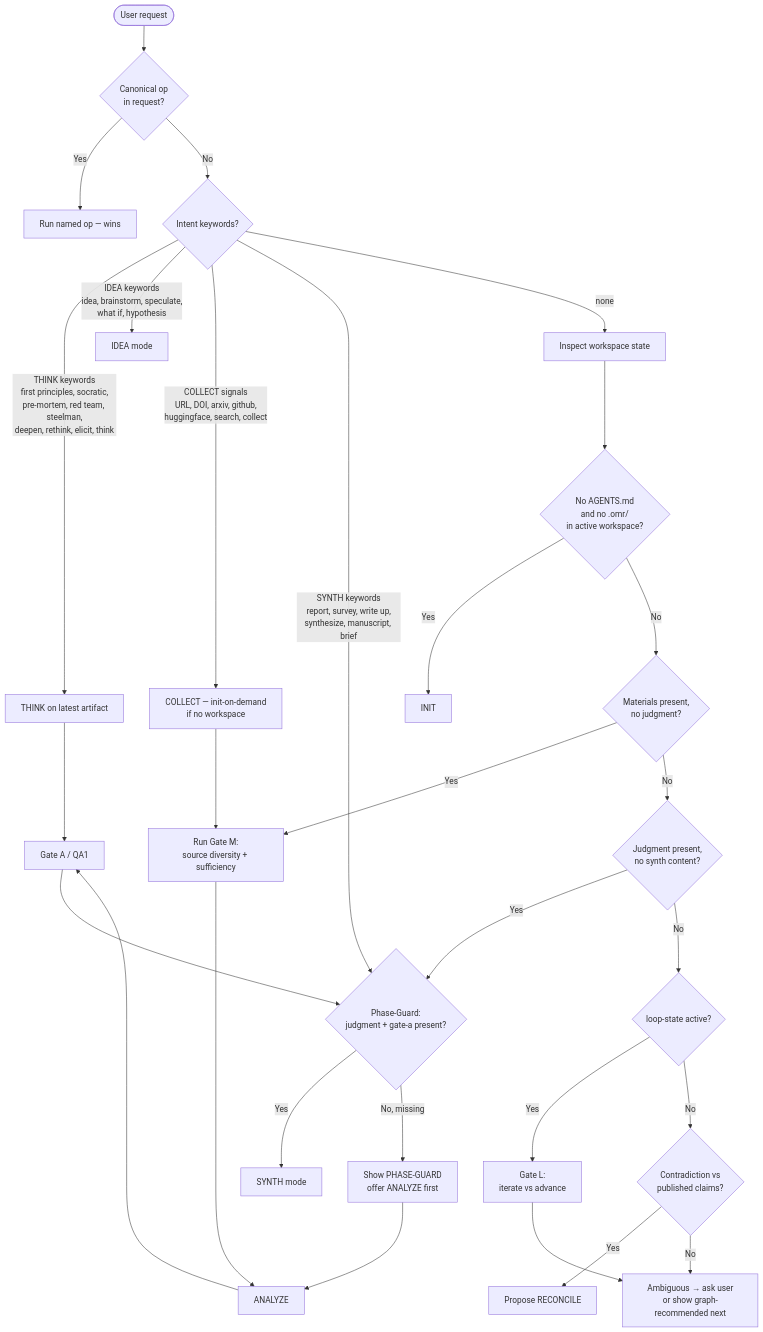
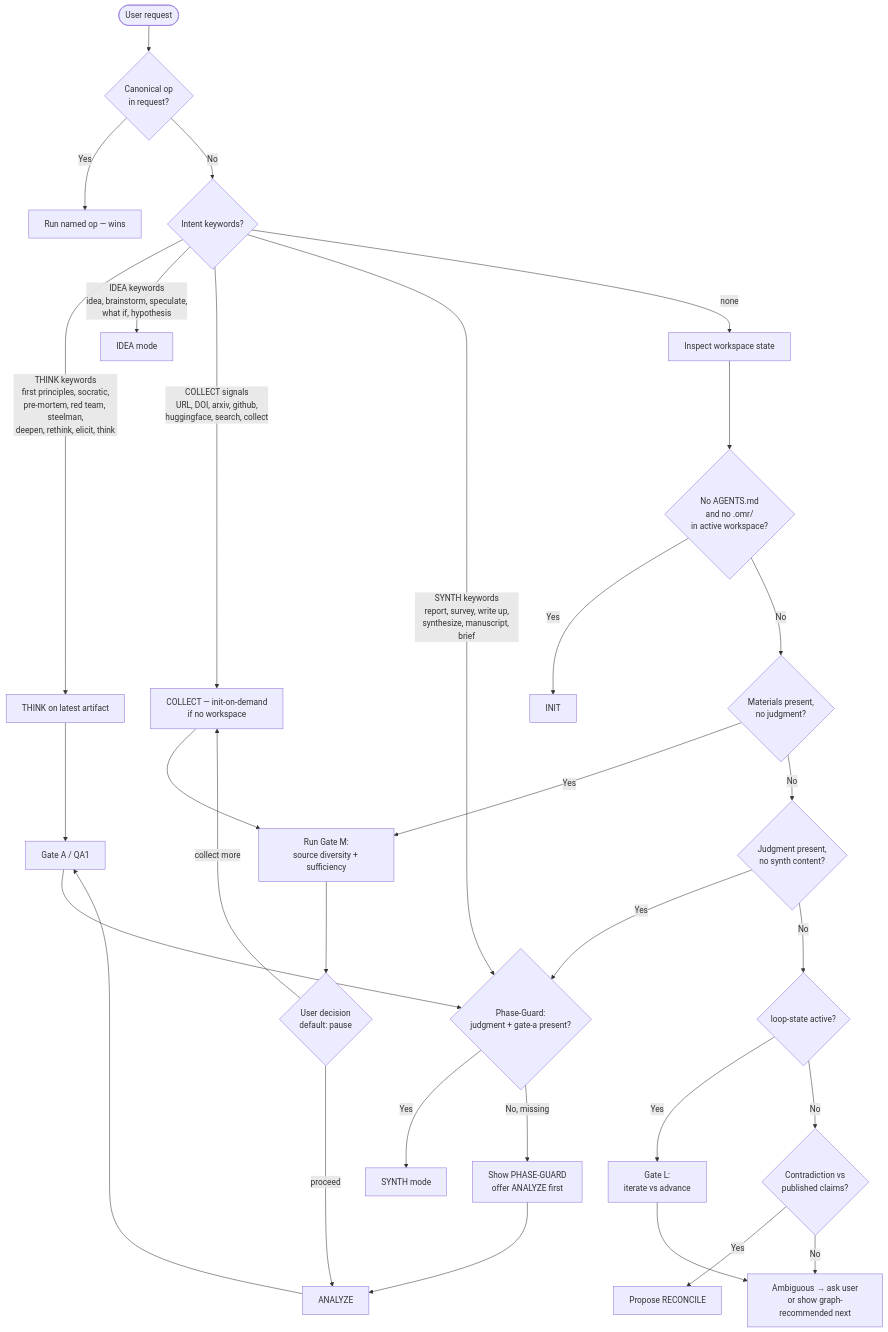
Before and after one commit to caesar0301/oh-my-research: the diagram in skills/oh-my-research/SKILL.md, drawn with Mermaid. The commit also changed other lines of this file and 19 other files, not shown here.

````diff
--- a/skills/oh-my-research/SKILL.md
+++ b/skills/oh-my-research/SKILL.md
@@ -64,36 +64,38 @@
 ```mermaid
 flowchart TD
     START([User request]) --> OP{Canonical op<br/>in request?}
     OP -- Yes --> RUNOP[Run named op — wins]
     OP -- No --> INT{Intent keywords?}
 
     INT -- THINK keywords<br/>first principles, socratic,<br/>pre-mortem, red team, steelman,<br/>deepen, rethink, elicit, think --> THINK[THINK on latest artifact]
     INT -- IDEA keywords<br/>idea, brainstorm, speculate,<br/>what if, hypothesis --> IDEA[IDEA mode]
     INT -- COLLECT signals<br/>URL, DOI, arxiv, github,<br/>huggingface, search, collect --> COLLECT[COLLECT — init-on-demand<br/>if no workspace]
     INT -- SYNTH keywords<br/>report, survey, write up,<br/>synthesize, manuscript, brief --> SYNTHGUARD{Phase-Guard:<br/>judgment + gate-a present?}
     INT -- none --> STATE[Inspect workspace state]
 
     COLLECT --> GATEM[Run Gate M:<br/>source diversity + sufficiency]
-    GATEM --> ANALYZE
+    GATEM --> GATEMASK{User decision<br/>default: pause}
+    GATEMASK -- proceed --> ANALYZE
+    GATEMASK -- collect more --> COLLECT
 
     SYNTHGUARD -- Yes --> SYNTH[SYNTH mode]
     SYNTHGUARD -- No, missing --> BLOCKSYNTH[Show PHASE-GUARD<br/>offer ANALYZE first]
 
     STATE --> S1{No AGENTS.md<br/>and no .omr/<br/>in active workspace?}
     S1 -- Yes --> INIT[INIT]
     S1 -- No --> S2{Materials present,<br/>no judgment?}
     S2 -- Yes --> GATEM
     S2 -- No --> S3{Judgment present,<br/>no synth content?}
     S3 -- Yes --> SYNTHGUARD
     S3 -- No --> S4{loop-state active?}
     S4 -- Yes --> GATEL[Gate L:<br/>iterate vs advance]
     S4 -- No --> S5{Contradiction vs<br/>published claims?}
     S5 -- Yes --> RECONCILE[Propose RECONCILE]
     S5 -- No --> AMBIG[Ambiguous → ask user<br/>or show graph-recommended next]
 
     GATEL --> AMBIG
     THINK --> GATEA[Gate A / QA1]
     GATEA --> SYNTHGUARD
     BLOCKSYNTH --> ANALYZE
     ANALYZE --> GATEA
 ```
````
